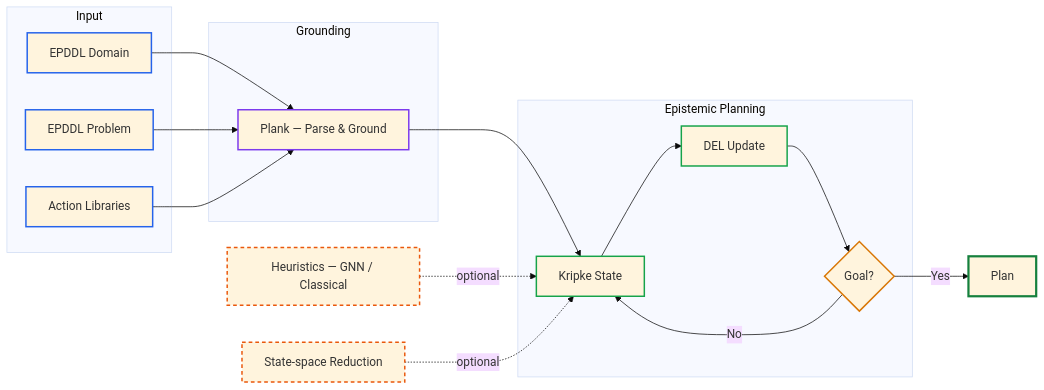
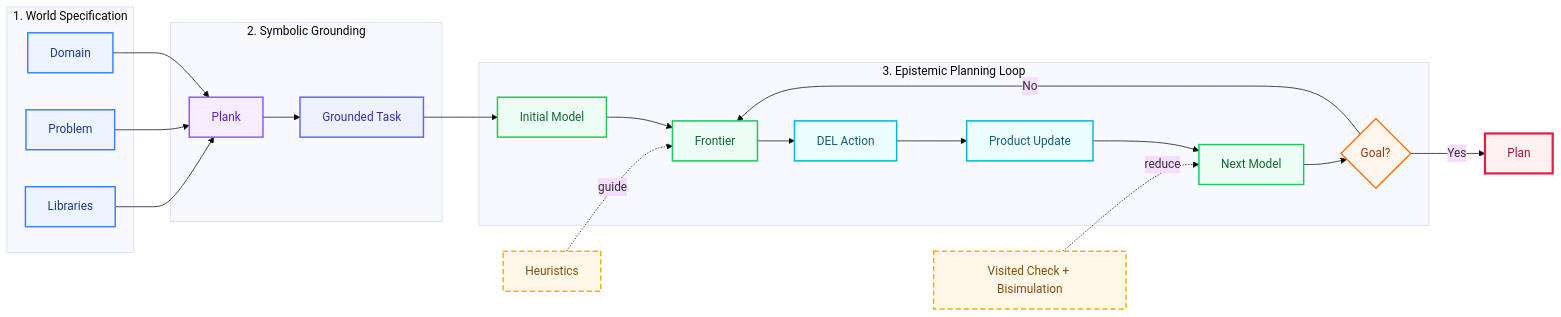
The diagram in README.md (FrancescoFabiano/deep), drawn with Mermaid (base theme) before and after one commit.

Commit message:
enanched readme

````diff
--- a/README.md
+++ b/README.md
@@ -17,52 +17,63 @@
 ```mermaid
 flowchart LR
 
-    subgraph IN["Input"]
-        D["EPDDL Domain"]
-        P["EPDDL Problem"]
-        L["Action Libraries"]
+    subgraph IN["1. World Specification"]
+        D["Domain"]
+        P["Problem"]
+        L["Libraries"]
     end
 
-    subgraph PRE["Grounding"]
-        G["Plank — Parse & Ground"]
+    subgraph GROUND["2. Symbolic Grounding"]
+        G["Plank"]
+        T["Grounded Task"]
     end
 
-    subgraph PLAN["Epistemic Planning"]
-        S["Kripke State"]
-        U["DEL Update"]
+    subgraph CORE["3. Epistemic Planning Loop"]
+        S0["Initial Model"]
+        F["Frontier"]
+        A["DEL Action"]
+        U["Product Update"]
+        S1["Next Model"]
         Q{"Goal?"}
 
-        S --> U
-        U --> Q
-        Q -- "No" --> S
+        S0 --> F
+        F --> A
+        A --> U
+        U --> S1
+        S1 --> Q
+        Q -- "No" --> F
     end
 
+    H["Heuristics"]
+    X["Visited Check + Bisimulation"]
     R["Plan"]
-
-    H["Heuristics — GNN / Classical"]
-    V["State-space Reduction"]
 
     D --> G
     P --> G
     L --> G
+    G --> T
 
-    G --> S
+    T --> S0
     Q -- "Yes" --> R
 
-    H -. "optional" .-> S
-    V -. "optional" .-> S
+    H -. "guide" .-> F
+    X -. "reduce" .-> S1
 
-    classDef input stroke:#2563eb,stroke-width:2px;
-    classDef grounding stroke:#7c3aed,stroke-width:2px;
-    classDef planning stroke:#16a34a,stroke-width:2px;
-    classDef decision stroke:#d97706,stroke-width:2px;
-    classDef optional stroke:#ea580c,stroke-width:2px,stroke-dasharray:5 4;
-    classDef result stroke:#15803d,stroke-width:3px;
+    classDef file fill:#edf4ff,stroke:#3b82f6,stroke-width:2px,color:#1e3a8a;
+    classDef engine fill:#f5edff,stroke:#8b5cf6,stroke-width:2px,color:#5b21b6;
+    classDef task fill:#eef2ff,stroke:#6366f1,stroke-width:2px,color:#3730a3;
+    classDef state fill:#ecfdf5,stroke:#22c55e,stroke-width:2px,color:#166534;
+    classDef action fill:#ecfeff,stroke:#06b6d4,stroke-width:2px,color:#155e75;
+    classDef decision fill:#fff7ed,stroke:#f97316,stroke-width:2px,color:#9a3412;
+    classDef assist fill:#fff8e8,stroke:#eab308,stroke-width:2px,stroke-dasharray:7 4,color:#854d0e;
+    classDef result fill:#fff1f2,stroke:#e11d48,stroke-width:3px,color:#9f1239;
 
-    class D,P,L input;
-    class G grounding;
-    class S,U planning;
+    class D,P,L file;
+    class G engine;
+    class T task;
+    class S0,F,S1 state;
+    class A,U action;
     class Q decision;
-    class H,V optional;
+    class H,X assist;
     class R result;
 ```
````
